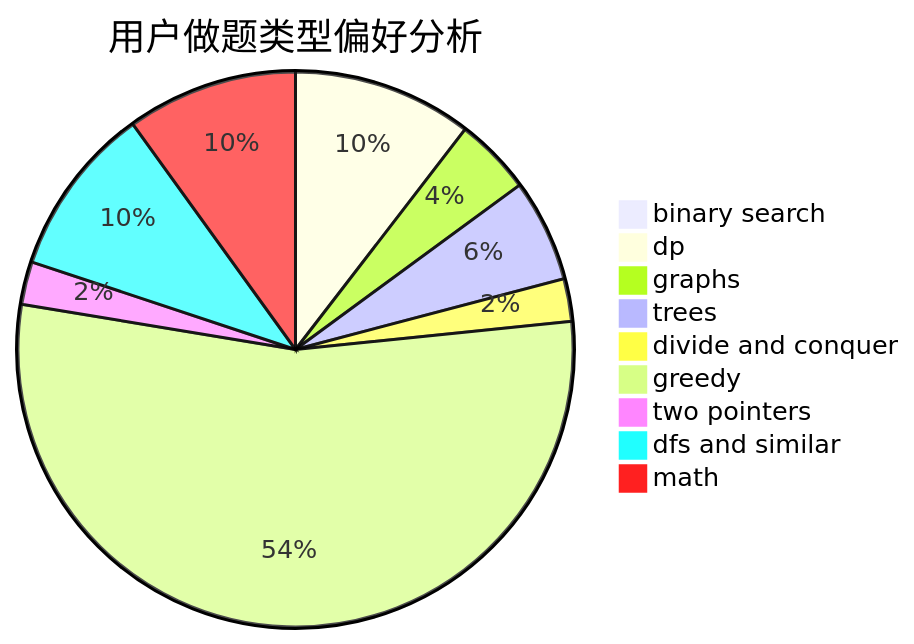
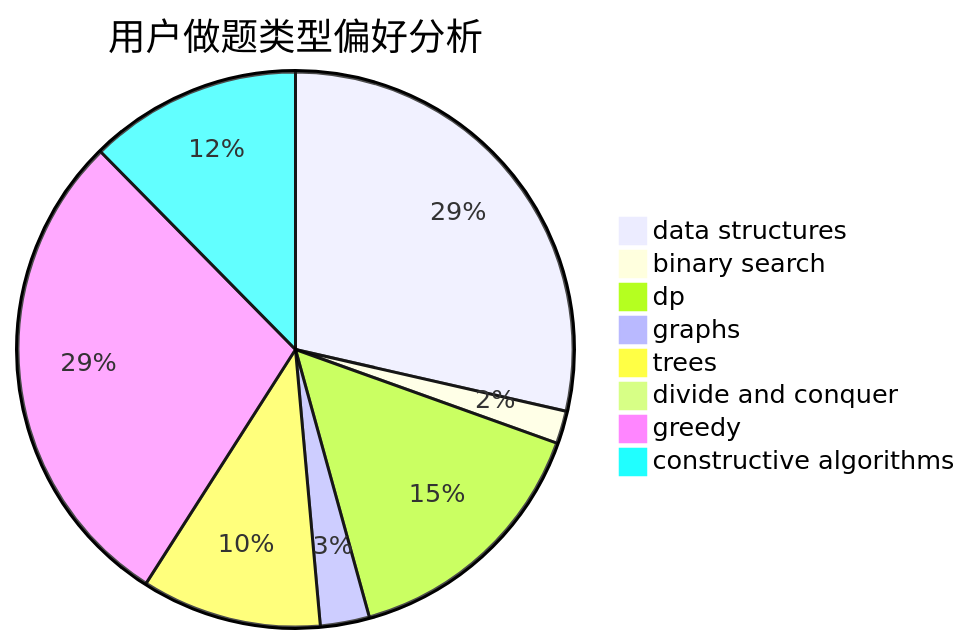
The second of 3 diagrams in docs/user/u2303.md (sherpahu/cfrs.github.io), drawn with Mermaid before and after one commit. The commit also changed other lines of this file and 2775 other files, not shown here.

````diff
--- a/docs/user/u2303.md
+++ b/docs/user/u2303.md
@@ -23,12 +23,11 @@
 ```mermaid
 pie title 用户做题类型偏好分析
+    "data structures" :  30
     "binary search" :  2
-    "dp" :  21
-    "graphs" :  9
-    "trees" :  12
-    "divide and conquer" :  5
-    "greedy" :  109
-    "two pointers" :  5
-    "dfs and similar" :  20
-    "math" :  20
+    "dp" :  16
+    "graphs" :  3
+    "trees" :  11
+    "divide and conquer" :  0
+    "greedy" :  30
+    "constructive algorithms" :  13
 ```
````
